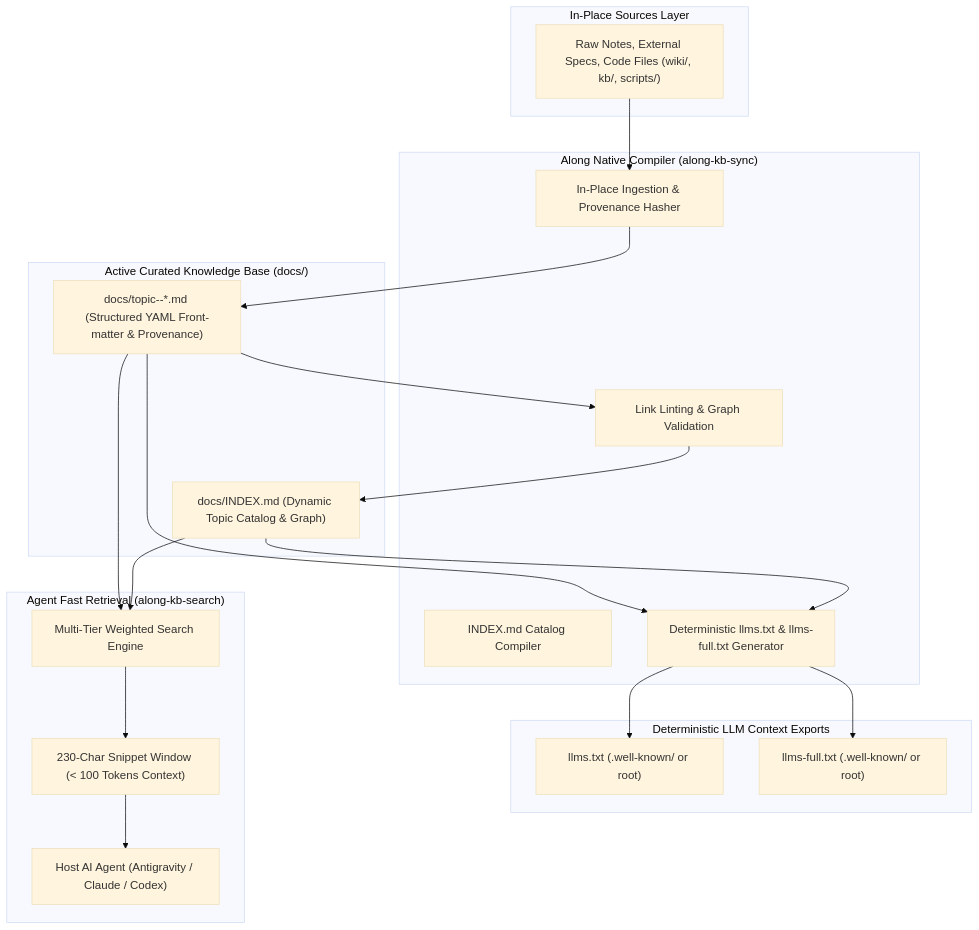
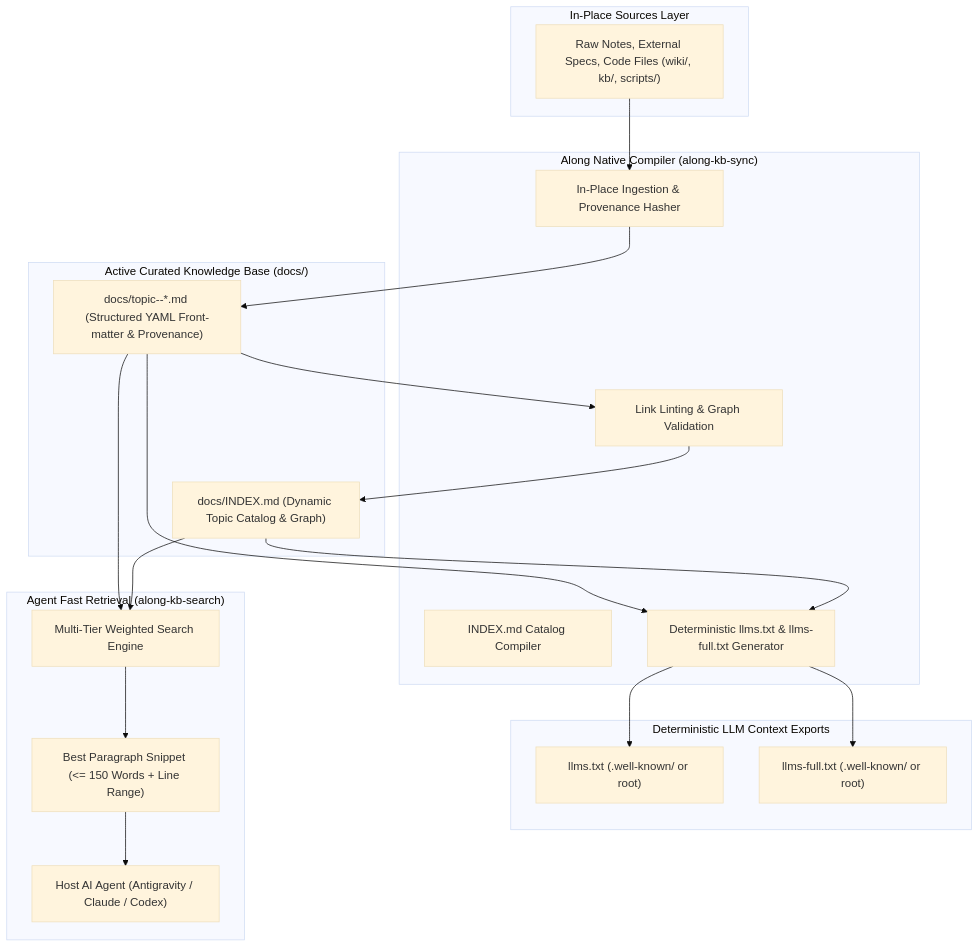
Before and after one commit to actdim/along: the first of 2 diagrams in docs/topic--llm-wiki-architecture.md, drawn with Mermaid (base theme). The commit also changed other lines of this file and 6 other files, not shown here.

````diff
--- a/docs/topic--llm-wiki-architecture.md
+++ b/docs/topic--llm-wiki-architecture.md
@@ -53,42 +55,42 @@
 ```mermaid
 flowchart TD
     subgraph RawSources["In-Place Sources Layer"]
         RAW["Raw Notes, External Specs, Code Files (wiki/, kb/, scripts/)"]
     end
 
     subgraph Compiler["Along Native Compiler (along-kb-sync)"]
         INGEST["In-Place Ingestion & Provenance Hasher"]
         LINTER["Link Linting & Graph Validation"]
         INDEXER["INDEX.md Catalog Compiler"]
         LLMS_COMPILER["Deterministic llms.txt & llms-full.txt Generator"]
     end
 
     subgraph ActiveWiki["Active Curated Knowledge Base (docs/)"]
         TOPICS["docs/topic--*.md (Structured YAML Front-matter & Provenance)"]
         CATALOG["docs/INDEX.md (Dynamic Topic Catalog & Graph)"]
     end
 
     subgraph Exports["Deterministic LLM Context Exports"]
         LLMS["llms.txt (.well-known/ or root)"]
         LLMS_FULL["llms-full.txt (.well-known/ or root)"]
     end
 
     subgraph Retrieval["Agent Fast Retrieval (along-kb-search)"]
         SEARCH["Multi-Tier Weighted Search Engine"]
-        SNIPPET["230-Char Snippet Window (< 100 Tokens Context)"]
+        SNIPPET["Best Paragraph Snippet (<= 150 Words + Line Range)"]
         AGENT["Host AI Agent (Antigravity / Claude / Codex)"]
     end
 
     RAW --> INGEST
     INGEST --> TOPICS
     TOPICS --> LINTER
     LINTER --> CATALOG
     CATALOG --> LLMS_COMPILER
     TOPICS --> LLMS_COMPILER
     LLMS_COMPILER --> LLMS
     LLMS_COMPILER --> LLMS_FULL
     CATALOG --> SEARCH
     TOPICS --> SEARCH
     SEARCH --> SNIPPET
     SNIPPET --> AGENT
 ```
````
